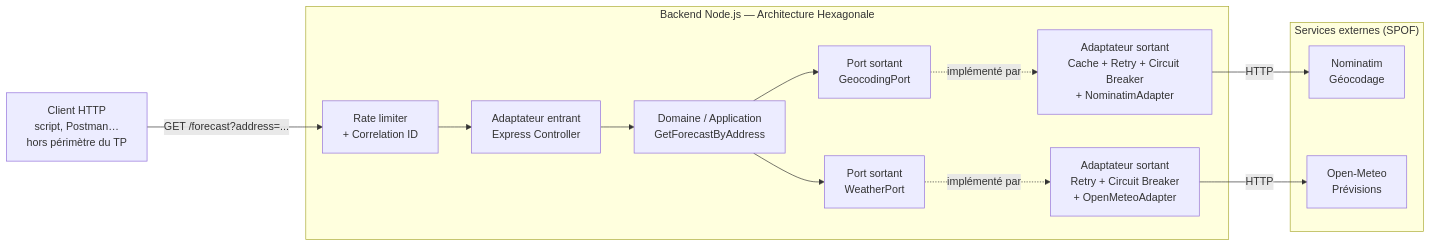
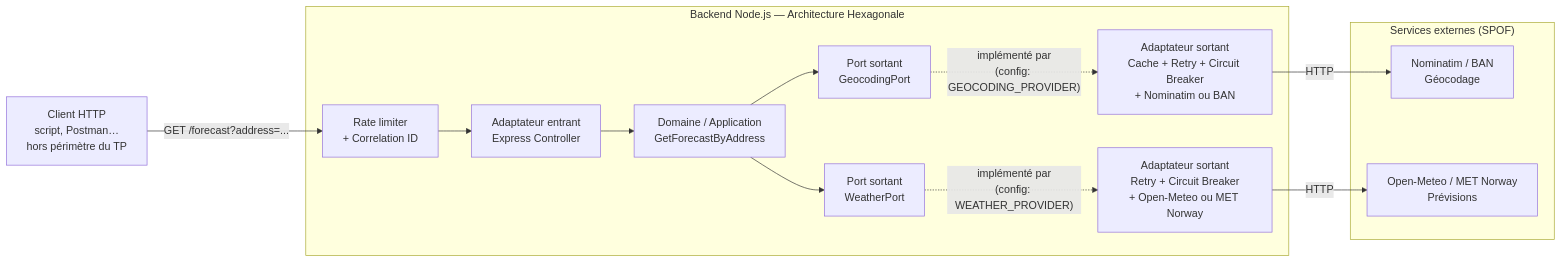
The first of 3 diagrams in docs/STD.md (mesropaghumyan/9-3-1-GDRM-TP), drawn with Mermaid before and after one commit. The commit also changed other lines of this file and 51 other files, not shown here.

````diff
--- a/docs/STD.md
+++ b/docs/STD.md
@@ -27,30 +27,30 @@
 ```mermaid
 flowchart LR
     CLIENT[Client HTTP<br/>script, Postman…<br/>hors périmètre du TP]
 
     subgraph Backend["Backend Node.js — Architecture Hexagonale"]
         RL[Rate limiter<br/>+ Correlation ID]
         API[Adaptateur entrant<br/>Express Controller]
         UC[Domaine / Application<br/>GetForecastByAddress]
         PORT_GEO[Port sortant<br/>GeocodingPort]
         PORT_WEATHER[Port sortant<br/>WeatherPort]
-        ADP_GEO["Adaptateur sortant<br/>Cache + Retry + Circuit Breaker<br/>+ NominatimAdapter"]
-        ADP_WEATHER["Adaptateur sortant<br/>Retry + Circuit Breaker<br/>+ OpenMeteoAdapter"]
+        ADP_GEO["Adaptateur sortant<br/>Cache + Retry + Circuit Breaker<br/>+ Nominatim ou BAN"]
+        ADP_WEATHER["Adaptateur sortant<br/>Retry + Circuit Breaker<br/>+ Open-Meteo ou MET Norway"]
 
         RL --> API
         API --> UC
         UC --> PORT_GEO
         UC --> PORT_WEATHER
-        PORT_GEO -.implémenté par.-> ADP_GEO
-        PORT_WEATHER -.implémenté par.-> ADP_WEATHER
+        PORT_GEO -.implémenté par<br/>(config: GEOCODING_PROVIDER).-> ADP_GEO
+        PORT_WEATHER -.implémenté par<br/>(config: WEATHER_PROVIDER).-> ADP_WEATHER
     end
 
     subgraph External["Services externes (SPOF)"]
-        NOM[Nominatim<br/>Géocodage]
-        MET[Open-Meteo<br/>Prévisions]
+        NOM[Nominatim / BAN<br/>Géocodage]
+        MET[Open-Meteo / MET Norway<br/>Prévisions]
     end
 
     CLIENT -- "GET /forecast?address=..." --> RL
     ADP_GEO -- HTTP --> NOM
     ADP_WEATHER -- HTTP --> MET
 ```
````
